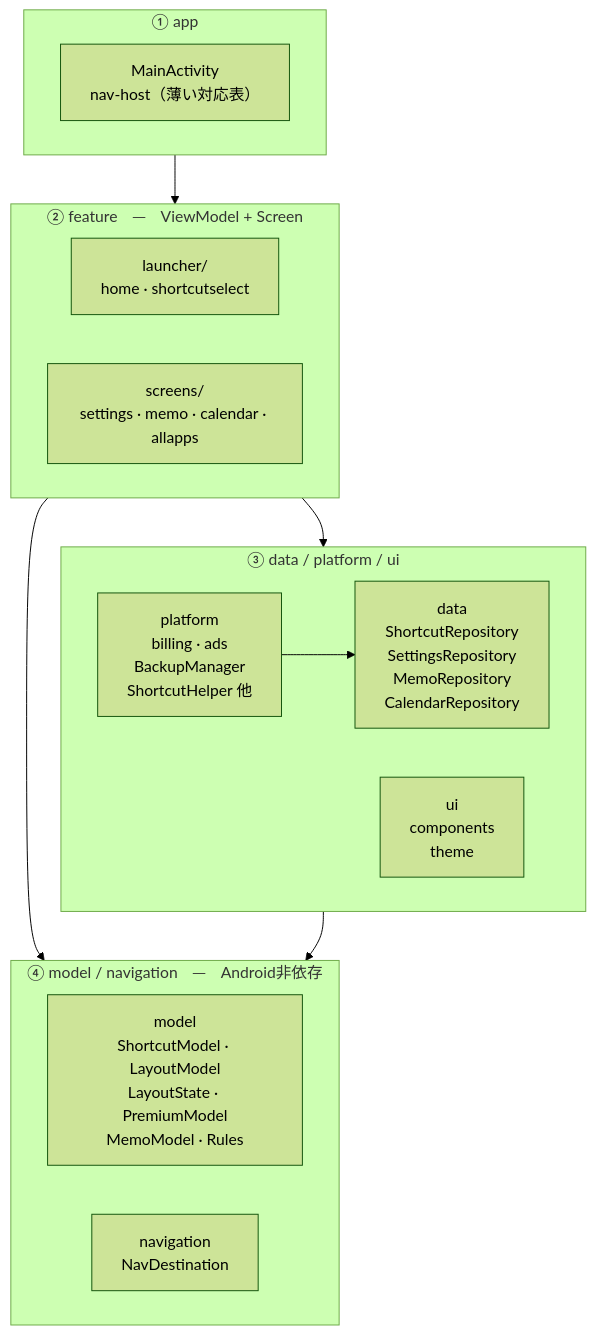
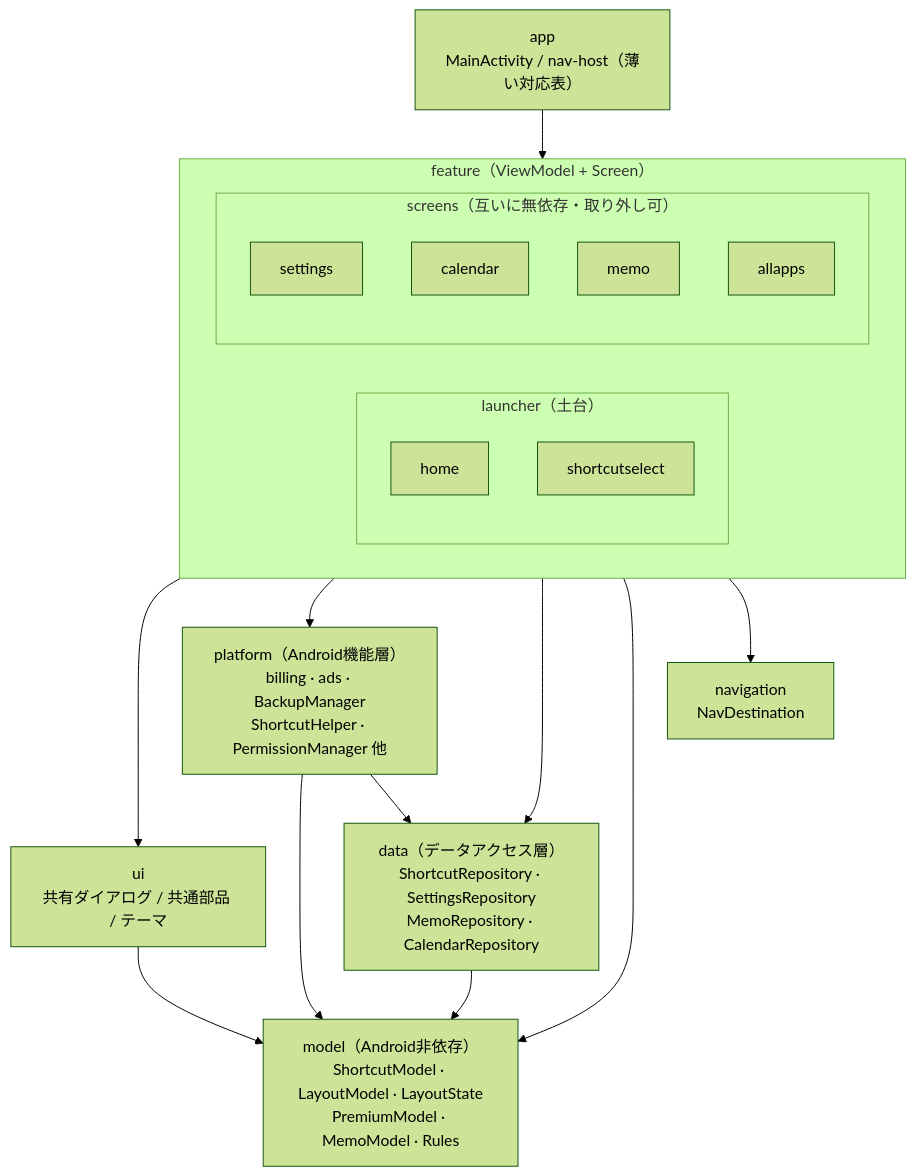
The diagram in doc/パッケージ構成.md (coelacanth9/SimpleCustomLauncherRefactor), drawn with Mermaid (forest theme) before and after one commit.

Commit message:
doc: パッケージ構成図を目標アーキテクチャ図と同スタイルに統一

````diff
--- a/doc/パッケージ構成.md
+++ b/doc/パッケージ構成.md
@@ -13,31 +13,34 @@
 ```mermaid
-flowchart TD
-    subgraph L1["① app"]
-        APP["MainActivity\nnav-host（薄い対応表）"]
+graph TD
+    app["app<br/>MainActivity / nav-host（薄い対応表）"]
+
+    subgraph feature["feature（ViewModel + Screen）"]
+        subgraph launcher["launcher（土台）"]
+            home[home]
+            shortcutselect[shortcutselect]
+        end
+        subgraph screens["screens（互いに無依存・取り外し可）"]
+            settings[settings]
+            calendar[calendar]
+            memo[memo]
+            allapps[allapps]
+        end
     end
 
-    subgraph L2["② feature　─　ViewModel + Screen"]
-        direction LR
-        LAUNCHER["launcher/\nhome · shortcutselect"]
-        SCREENS["screens/\nsettings · memo · calendar · allapps"]
-    end
+    ui["ui<br/>共有ダイアログ / 共通部品 / テーマ"]
+    platform["platform（Android機能層）<br/>billing · ads · BackupManager<br/>ShortcutHelper · PermissionManager 他"]
+    data["data（データアクセス層）<br/>ShortcutRepository · SettingsRepository<br/>MemoRepository · CalendarRepository"]
+    model["model（Android非依存）<br/>ShortcutModel · LayoutModel · LayoutState<br/>PremiumModel · MemoModel · Rules"]
+    navigation["navigation<br/>NavDestination"]
 
-    subgraph L3["③ data / platform / ui"]
-        direction LR
-        DATA["data\nShortcutRepository\nSettingsRepository\nMemoRepository\nCalendarRepository"]
-        PLATFORM["platform\nbilling · ads\nBackupManager\nShortcutHelper 他"]
-        UI["ui\ncomponents\ntheme"]
-    end
-
-    subgraph L4["④ model / navigation　─　Android非依存"]
-        direction LR
-        MODEL["model\nShortcutModel · LayoutModel\nLayoutState · PremiumModel\nMemoModel · Rules"]
-        NAV["navigation\nNavDestination"]
-    end
-
-    L1 --> L2
-    L2 --> L3
-    L2 --> L4
-    PLATFORM --> DATA
-    L3 --> L4
+    app --> feature
+    feature --> ui
+    feature --> platform
+    feature --> data
+    feature --> model
+    feature --> navigation
+    ui --> model
+    data --> model
+    platform --> model
+    platform --> data
 ```
````
